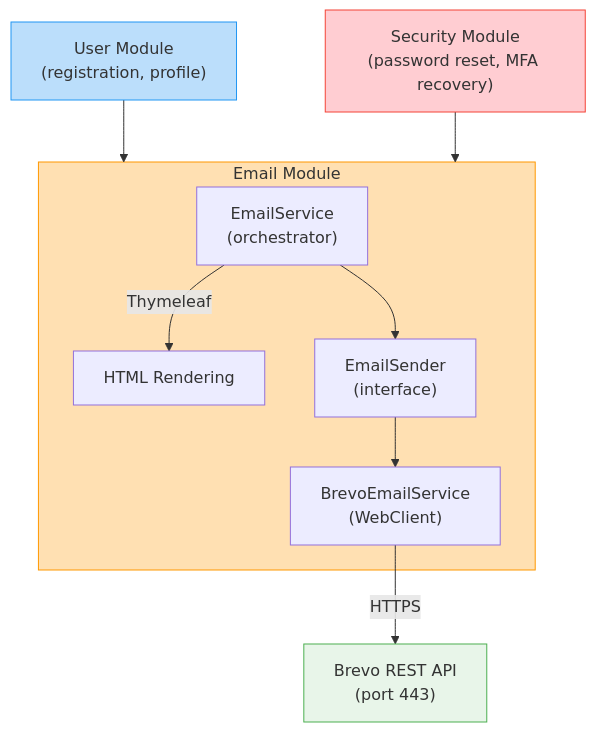
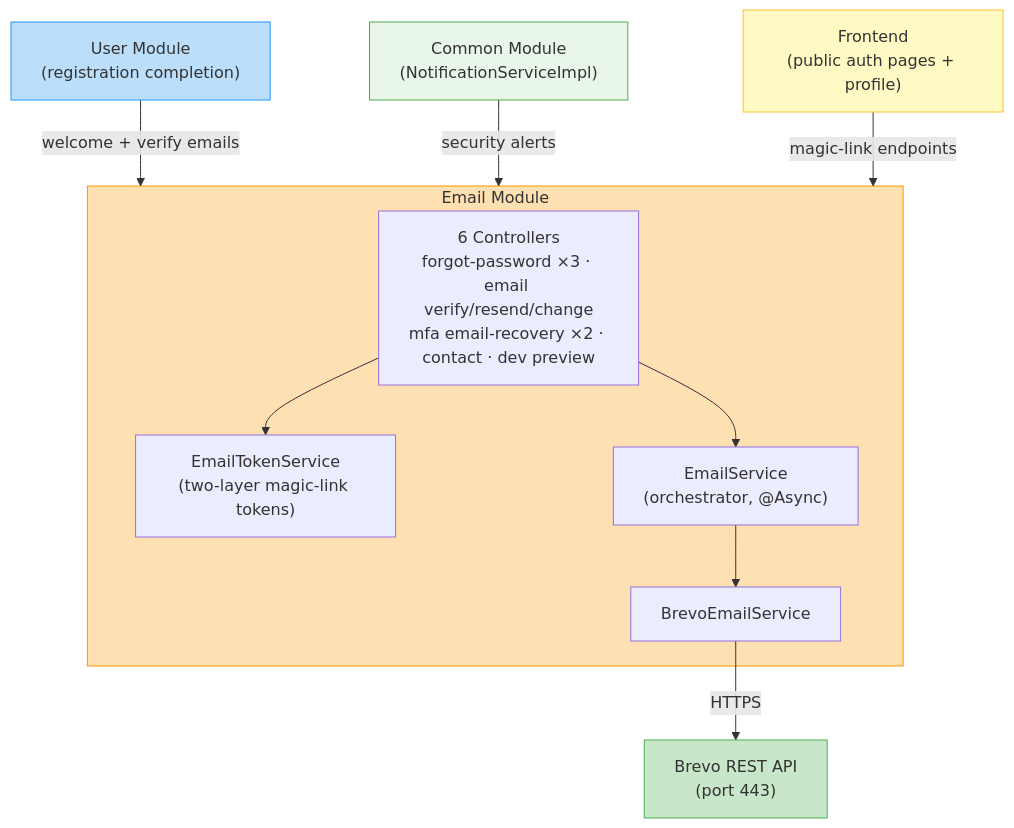
Before and after one commit to urvagandhi/coinTrack: the first of 4 diagrams in backend/src/main/java/com/urva/myfinance/coinTrack/email/README.md, drawn with Mermaid. The commit also changed other lines of this file and 34 other files, not shown here.

````diff
--- a/backend/src/main/java/com/urva/myfinance/coinTrack/email/README.md
+++ b/backend/src/main/java/com/urva/myfinance/coinTrack/email/README.md
@@ -65,18 +68,24 @@
 ```mermaid
 graph TD
-    UM["User Module<br/>(registration, profile)"] --> EM["Email Module"]
-    SM["Security Module<br/>(password reset, MFA recovery)"] --> EM
+    US["User Module<br/>(registration completion)"] -->|"welcome + verify emails"| EM
+    NC["Common Module<br/>(NotificationServiceImpl)"] -->|"security alerts"| EM
+    FE["Frontend<br/>(public auth pages + profile)"] -->|"magic-link endpoints"| EM
 
     subgraph EM["Email Module"]
-        ES["EmailService<br/>(orchestrator)"] -->|"Thymeleaf"| HTML["HTML Rendering"]
-        ES --> SENDER["EmailSender<br/>(interface)"]
-        SENDER --> BREVO["BrevoEmailService<br/>(WebClient)"]
+        CTRL["6 Controllers<br/>forgot-password ×3 · email verify/resend/change<br/>mfa email-recovery ×2 · contact · dev preview"]
+        TS["EmailTokenService<br/>(two-layer magic-link tokens)"]
+        ES["EmailService<br/>(orchestrator, @Async)"]
+        SENDER["BrevoEmailService"]
+        CTRL --> TS
+        CTRL --> ES
+        ES --> SENDER
     end
 
-    BREVO -->|"HTTPS"| API["Brevo REST API<br/>(port 443)"]
+    SENDER -->|"HTTPS"| API["Brevo REST API<br/>(port 443)"]
 
-    style UM fill:#bbdefb,stroke:#2196F3
-    style SM fill:#ffcdd2,stroke:#F44336
+    style US fill:#bbdefb,stroke:#2196F3
+    style NC fill:#e8f5e9,stroke:#4CAF50
+    style FE fill:#fff9c4,stroke:#FBC02D
     style EM fill:#ffe0b2,stroke:#FF9800
-    style API fill:#e8f5e9,stroke:#4CAF50
+    style API fill:#c8e6c9,stroke:#4CAF50
 ```
````
